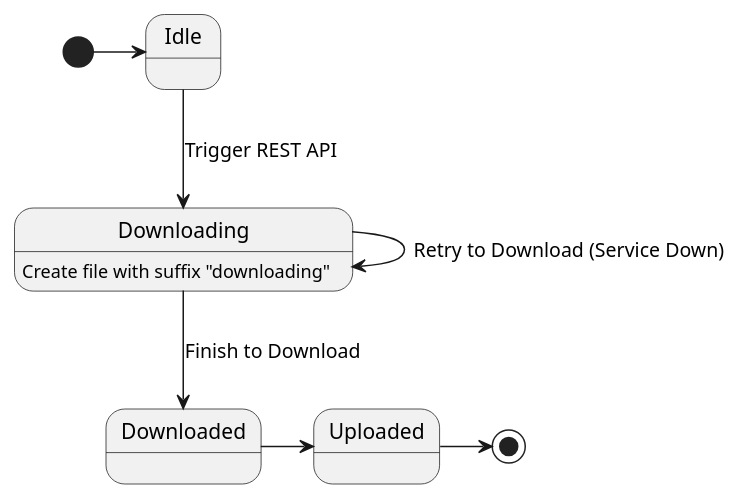
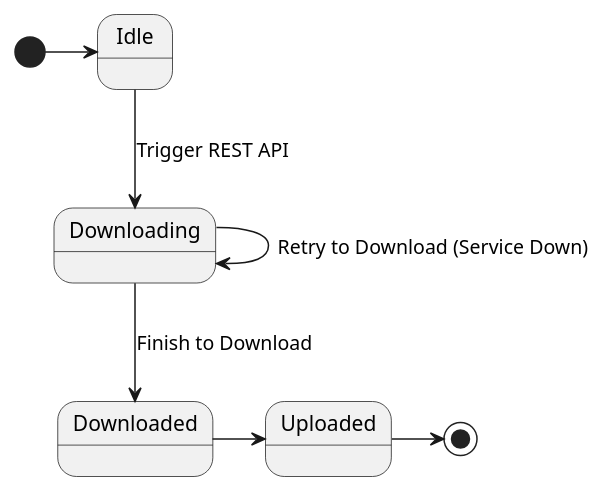
One commit to yanghoon/obsidian-workspace changed the diagram in _diary/2024-06-21.md. Above: the diagram before and after it, drawn with PlantUML.

Commit message:
vault backup: 2024-06-23 19:44:33

````diff
--- a/_diary/2024-06-21.md
+++ b/_diary/2024-06-21.md
@@ -52,15 +52,15 @@
 ```plantuml
 @startuml
 
 [*] -> Idle
 Idle --> Downloading : Trigger REST API
 
-Downloading : Create file with suffix "downloading"
-Downloading --> Downloading: Retry to Download (Service Down)
+' Downloading : Create file with suffix "downloading"
+Downloading --> Downloading : Retry to Download (Service Down)
 Downloading --> Downloaded : Finish to Download
 
 Downloaded -> Uploaded
 Uploaded ->[*] 
 
 @enduml
 ```
````
